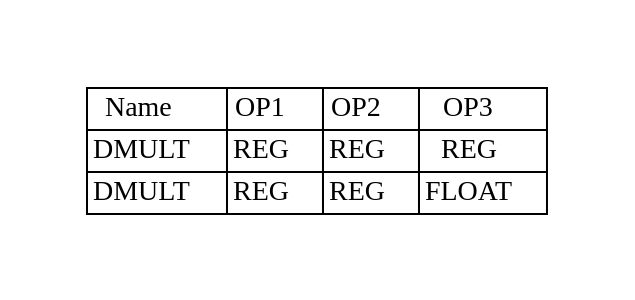
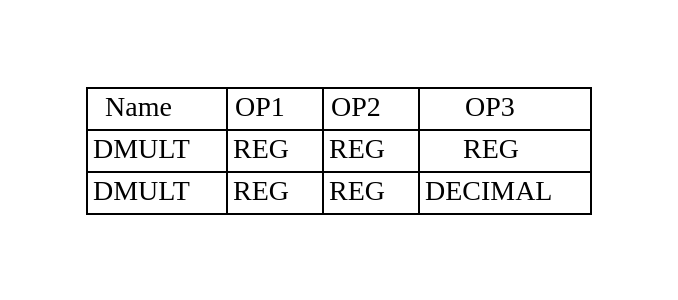
Before and after one commit to adesutherland/CREXX: the diagram in docs/books/crexx_vm_spec/svg/dmult.gv, drawn with Graphviz. The commit also changed 103 other files, not shown here.

```diff
--- a/docs/books/crexx_vm_spec/svg/dmult.gv
+++ b/docs/books/crexx_vm_spec/svg/dmult.gv
@@ -1,10 +1,10 @@
 digraph{
 graph [pad="0.5", nodesep="0.5", ranksep="2" ]
 node [shape=plain]
 Foo [label=<
 <table border="0" cellborder="1" cellspacing="0">
 <tr><td> Name </td> <td> OP1 </td><td> OP2 </td><td> OP3 </td> </tr>
 <tr><td> DMULT </td><td> REG </td><td> REG </td><td> REG </td> </tr>
-<tr><td> DMULT </td><td> REG </td><td> REG </td><td> FLOAT </td> </tr>
+<tr><td> DMULT </td><td> REG </td><td> REG </td><td> DECIMAL </td> </tr>
 </table>>];
 }
```
